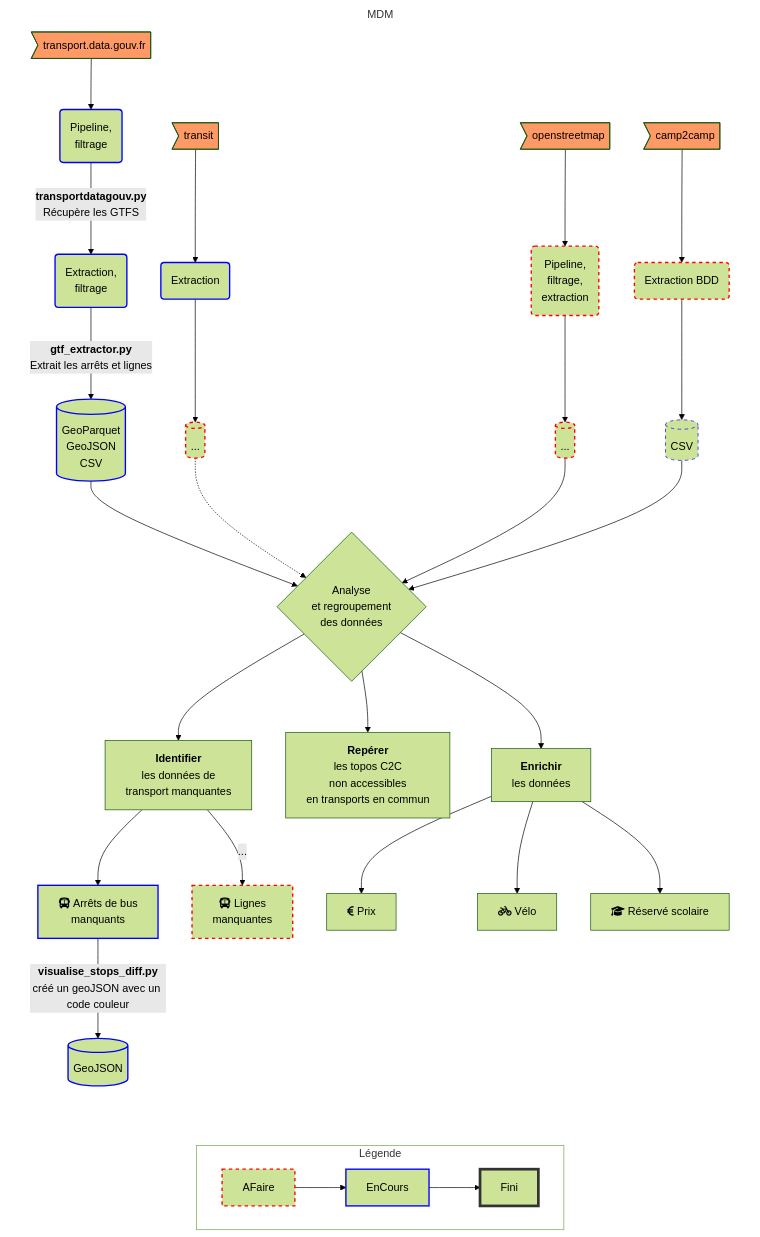
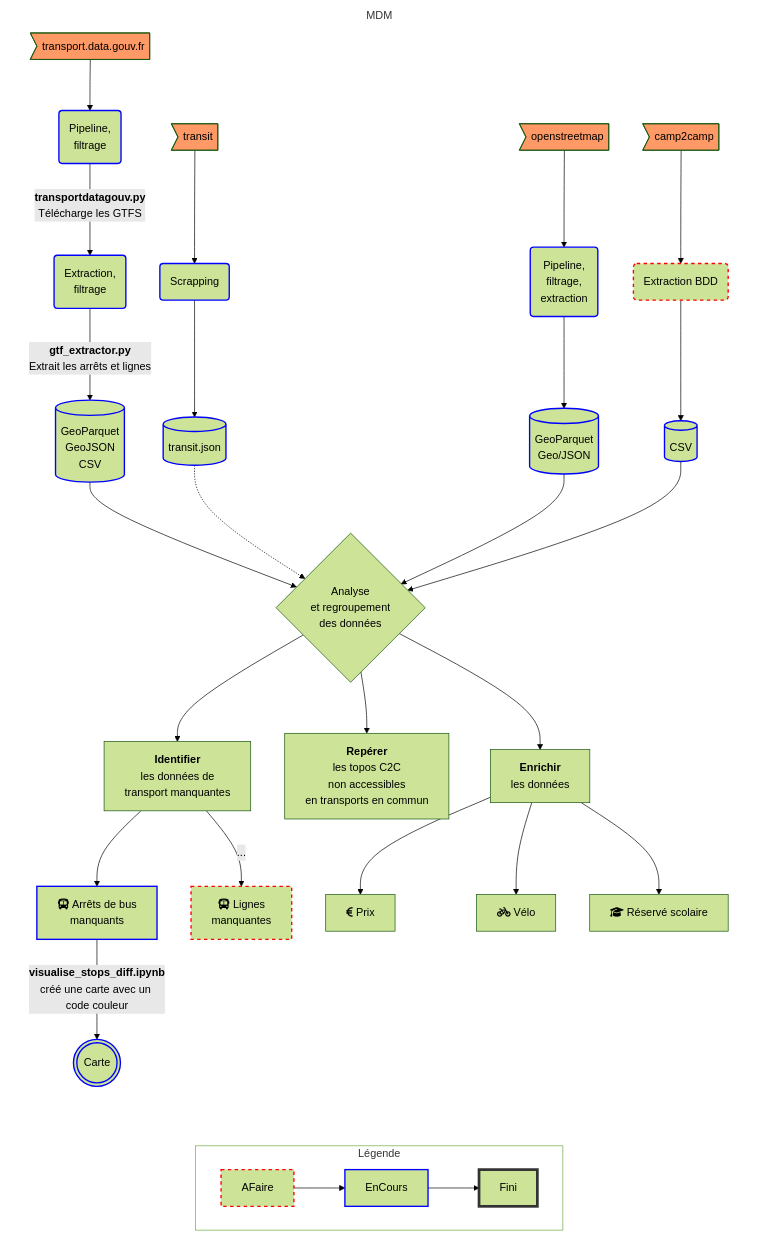
Before and after one commit to lsorba/mobilite_durable: the diagram in doc/process.mermaid, drawn with Mermaid.

```diff
--- a/doc/process.mermaid
+++ b/doc/process.mermaid
@@ -1,90 +1,91 @@
 ---
 config:
   theme: 'forest'
 ---
 flowchart TD
     subgraph MDM
         direction TB
         SOURCE_TDG>transport.data.gouv.fr] --> PF_TDG("`Pipeline,
                     filtrage`")
-        PF_TDG -->|"`__transportdatagouv.py__
-                    Récupère les GTFS`"| FE_TDG("`Extraction,
-                    filtrage`")
-        SOURCE_TRANSIT>transit] --> PFE_TRANSIT("`Extraction`")
+        SOURCE_TRANSIT>transit] --> PFE_TRANSIT("`Scrapping`")
         SOURCE_OSM>openstreetmap] --> PFE_OSM("`Pipeline,
                     filtrage,
                     extraction`")
         SOURCE_C2C>camp2camp] --> PFE_C2C("`Extraction BDD`")
 
 
-
+        PF_TDG -->|"`__transportdatagouv.py__
+                    Télécharge les GTFS`"| FE_TDG("`Extraction,
+                    filtrage`")
         FE_TDG -->|"`__gtf_extractor.py__
                     Extrait les arrêts et lignes`"| EXPORT_TDG[("`GeoParquet
                     GeoJSON
                     CSV`")]
-        PFE_TRANSIT --> EXPORT_TRANSIT[("`...`")]
-        PFE_OSM --> EXPORT_OSM[("`...`")]
+        PFE_TRANSIT --> EXPORT_TRANSIT[("`transit.json`")]
+        PFE_OSM --> EXPORT_OSM[("`GeoParquet
+                    Geo/JSON`")]
         PFE_C2C --> EXPORT_C2C[("`CSV`")]
+
+
         EXPORT_TDG --> ANALYSE{"`Analyse
                     et regroupement
                     des données`"}
         EXPORT_TRANSIT -.-> ANALYSE
         EXPORT_OSM --> ANALYSE
         EXPORT_C2C --> ANALYSE
 
 
         ANALYSE --> IDENTIFIER["`**Identifier**
                     les données de
                     transport manquantes`"]
         ANALYSE --> REPERER["`**Repérer**
                     les topos C2C
                     non accessibles
                     en transports en commun`"]
         ANALYSE --> ENRICHIR["`**Enrichir**
                     les données`"]
         IDENTIFIER --> ARRETS_MANQUANTS["`fa:fa-bus Arrêts de bus
                     manquants`"]
         IDENTIFIER -->|...| LIGNES_MANQUANTES["`fa:fa-bus Lignes
                     manquantes`"]
-        ARRETS_MANQUANTS -->|"`__visualise_stops_diff.py__
-                créé un geoJSON avec un code couleur`"| DIFF[("`GeoJSON`")]
+        ARRETS_MANQUANTS -->|"`__visualise_stops_diff.ipynb__
+                créé une carte avec un code couleur`"| DIFF((("`Carte`")))
         ENRICHIR --> PRIX[fa:fa-eur Prix]
         ENRICHIR --> VELO[fa:fa-bicycle Vélo]
         ENRICHIR --> SPECIAUX[fa:fa-graduation-cap  Réservé scolaire]
 
     %% Styling
         style MDM fill:#fff,stroke:#fff
         style SOURCE_TDG fill:#f96
         style SOURCE_OSM fill:#f96
         style SOURCE_C2C fill:#f96
         style SOURCE_TRANSIT fill:#f96
 
     %% TODO
-        style PFE_OSM stroke:#f00,stroke-width:2px,stroke-dasharray: 5 5
         style PFE_C2C stroke:#f00,stroke-width:2px,stroke-dasharray: 5 5
         style LIGNES_MANQUANTES stroke:#f00,stroke-width:2px,stroke-dasharray: 5 5
-        style EXPORT_OSM stroke:#f00,stroke-width:2px,stroke-dasharray: 5 5
-        style EXPORT_C2C stroke:#f00,stroke-width:2px,stroke-dasharray: 5 5
-        style EXPORT_TRANSIT stroke:#f00,stroke-width:2px,stroke-dasharray: 5 5
     %% In progress
+        style PFE_OSM stroke:#00f,stroke-width:2px
         style PF_TDG stroke:#00f,stroke-width:2px
         style FE_TDG stroke:#00f,stroke-width:2px
         style EXPORT_TDG stroke:#00f,stroke-width:2px
-        style EXPORT_C2C stroke:#00f,stroke-width:
+        style EXPORT_C2C stroke:#00f,stroke-width:2px
+        style EXPORT_OSM stroke:#00f,stroke-width:2px
+        style EXPORT_TRANSIT stroke:#00f,stroke-width:2px
         style ARRETS_MANQUANTS stroke:#00f,stroke-width:2px
         style DIFF stroke:#00f,stroke-width:2px
         style PFE_TRANSIT stroke:#00f,stroke-width:2px
     %% DONE
         %% style PF_TDG fill:#0d0,stroke:#333,stroke-width:4px
     end
 
     subgraph Légende
         direction LR
         style Légende fill:#fff
         AFaire --> EnCours --> Fini
         style AFaire stroke:#f00,stroke-width:2px,stroke-dasharray: 5 5
         style EnCours stroke:#00f,stroke-width:2px
         style Fini stroke:#333,stroke-width:4px
     end
 
     MDM ~~~ Légende
```
